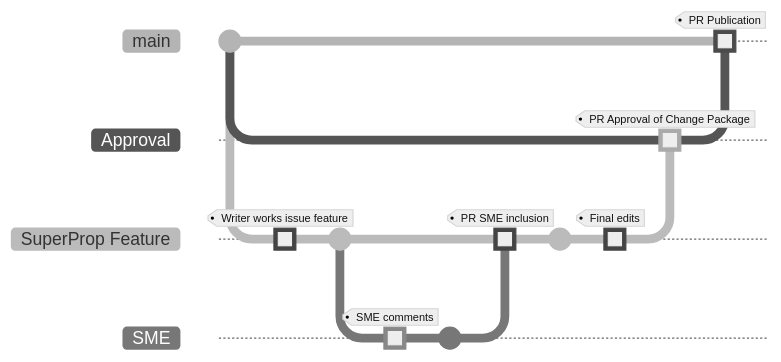
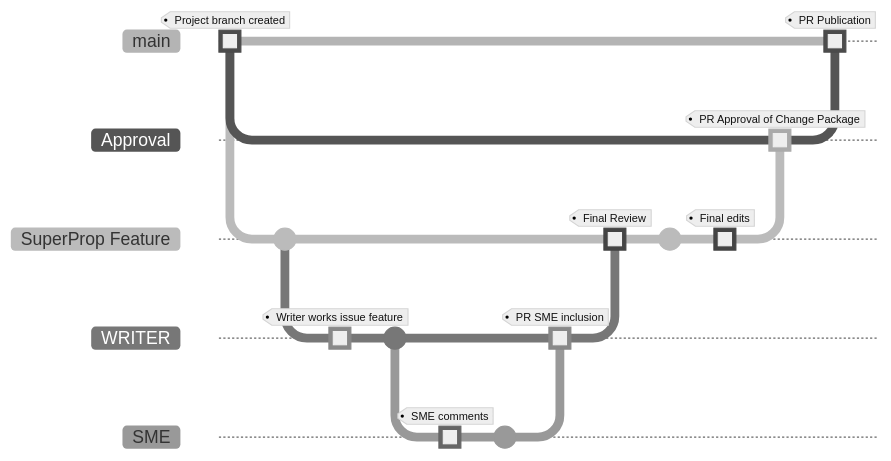
The third of 4 diagrams in _presentations/Ascii1000D.adoc (lopsotronic/Ascii1000D), drawn with Mermaid (neutral theme) before and after one commit. The commit also changed other lines of this file and 24 other files, not shown here. Commit ids are hidden.

```diff
--- a/_presentations/Ascii1000D.adoc
+++ b/_presentations/Ascii1000D.adoc
@@ -317,24 +377,29 @@
 [mermaid]
 ----
 gitGraph
-   commit
+   commit type: HIGHLIGHT tag: "Project branch created"
    branch Approval
    checkout Approval
    checkout main
    branch "SuperProp Feature"
    checkout "SuperProp Feature"
+   commit
+   branch WRITER
+   checkout WRITER
    commit type: HIGHLIGHT tag: "Writer works issue feature"
    commit
    branch SME
    checkout SME
    commit type: HIGHLIGHT tag: "SME comments"
-   commit 
+   commit
+   checkout WRITER
+   merge SME type: HIGHLIGHT tag: "PR SME inclusion"
    checkout "SuperProp Feature"
-   merge SME type: HIGHLIGHT tag: "PR SME inclusion"
+   merge WRITER type: HIGHLIGHT tag: "Final Review"
    commit
    commit type: HIGHLIGHT tag: "Final edits"
    checkout Approval
    merge "SuperProp Feature" type: HIGHLIGHT tag: "PR Approval of Change Package"
    checkout main
    merge Approval type: HIGHLIGHT tag: "PR Publication"
 ----
```
